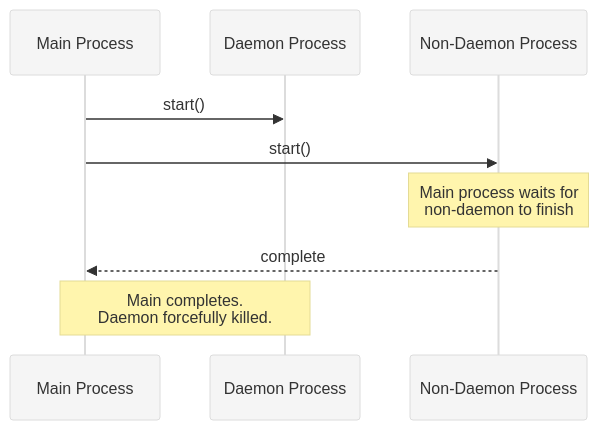
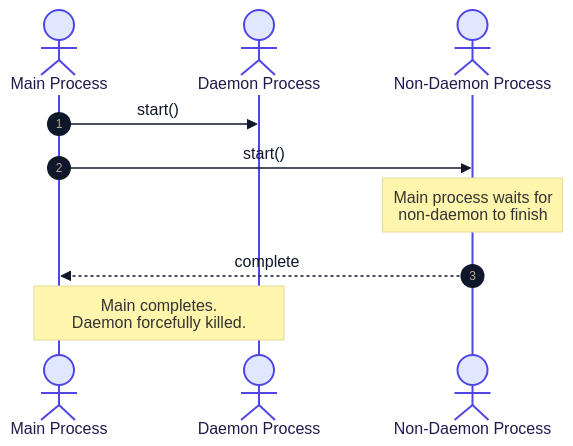
Before and after one commit to RameenAnwar/PDC-SP26-SE: the fourth of 10 diagrams in SyedMuhammadHuzaifaAshrafi-(23FA-035-SE)/Chapter03/README.md, drawn with Mermaid. The commit also changed other lines of this file and 5 other files, not shown here.

````diff
--- a/SyedMuhammadHuzaifaAshrafi-(23FA-035-SE)/Chapter03/README.md
+++ b/SyedMuhammadHuzaifaAshrafi-(23FA-035-SE)/Chapter03/README.md
@@ -212,13 +108,14 @@
 ```mermaid
-%%{init: {'theme': 'base', 'themeVariables': { 'lineColor': '#455A64', 'primaryColor': '#F5F5F5' }}}%%
+%%{init: {'theme': 'base', 'themeVariables': { 'lineColor': '#475569', 'primaryColor': '#f8fafc', 'primaryTextColor': '#0f172a', 'primaryBorderColor': '#cbd5e1', 'actorBorder': '#4f46e5', 'actorBkg': '#e0e7ff', 'actorTextColor': '#1e1b4b' }}}%%
 sequenceDiagram
-    participant M as Main Process
-    participant D as Daemon Process
-    participant N as Non-Daemon Process
+    autonumber
+    actor M as Main Process
+    actor D as Daemon Process
+    actor N as Non-Daemon Process
 
     M->>D: start()
     M->>N: start()
     Note over N: Main process waits for<br/>non-daemon to finish
     N-->>M: complete
     Note over M,D: Main completes.<br/>Daemon forcefully killed.
 ```
````
